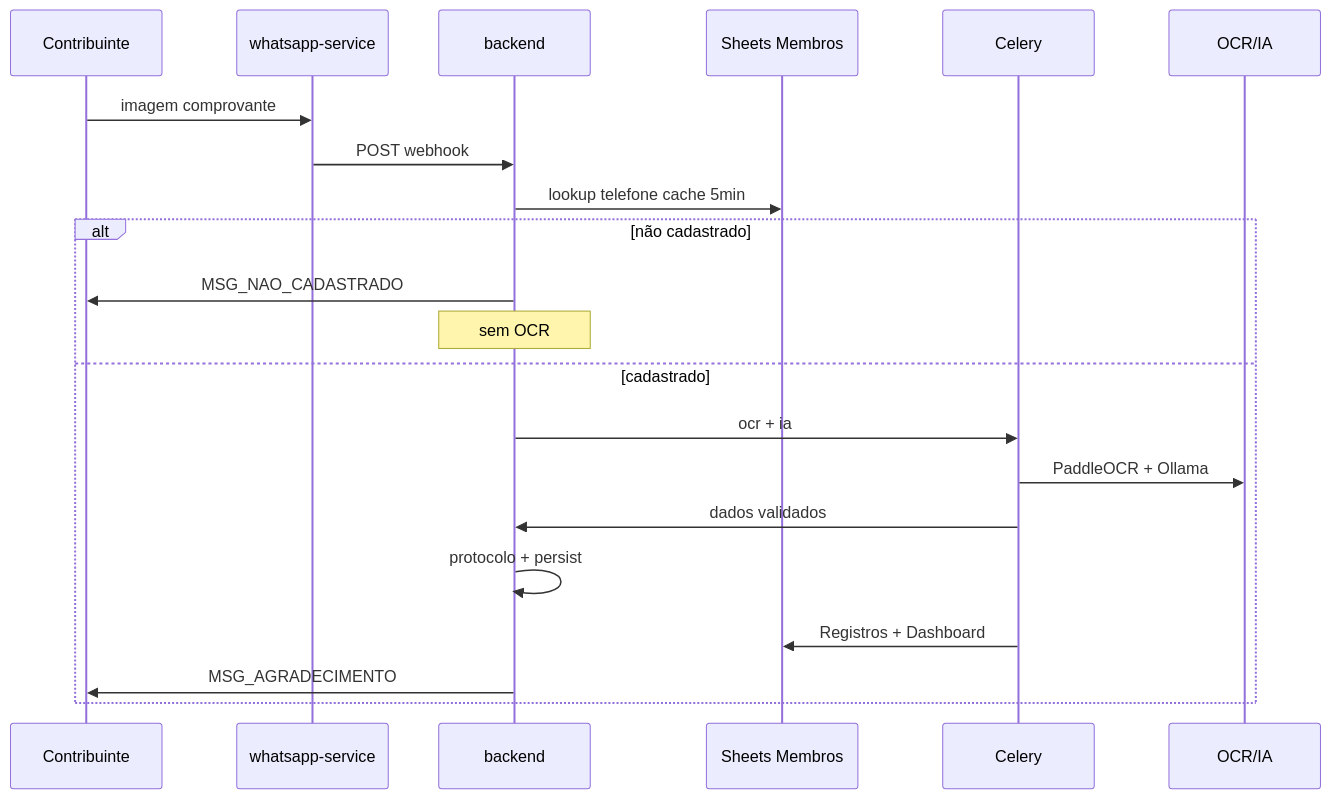
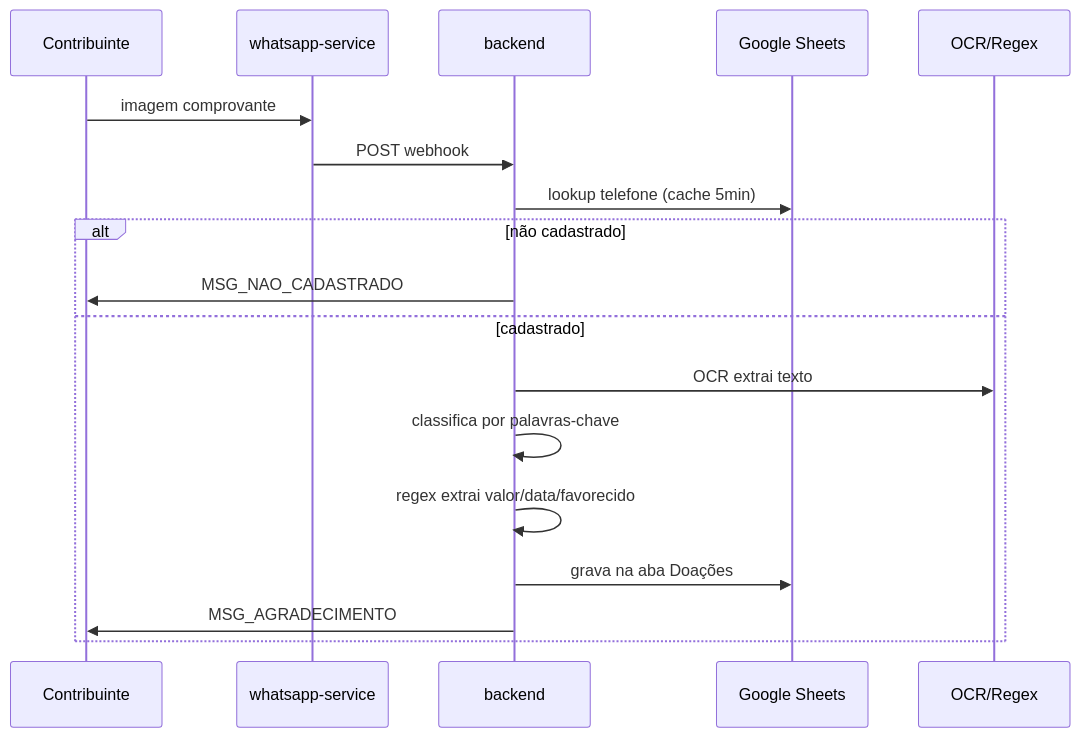
Before and after one commit to aganimoto/comunhaodebens: the second of 3 diagrams in docs/ARCHITECTURE.md, drawn with Mermaid. The commit also changed other lines of this file and 29 other files, not shown here.

Commit message:
refactor: remover banco SQL, usar Google Sheets como único storage

````diff
--- a/docs/ARCHITECTURE.md
+++ b/docs/ARCHITECTURE.md
@@ -54,24 +47,21 @@
 ```mermaid
 sequenceDiagram
     participant C as Contribuinte
     participant W as whatsapp-service
     participant B as backend
-    participant S as Sheets Membros
-    participant Q as Celery
-    participant O as OCR/IA
+    participant S as Google Sheets
+    participant O as OCR/Regex
 
     C->>W: imagem comprovante
     W->>B: POST webhook
-    B->>S: lookup telefone cache 5min
+    B->>S: lookup telefone (cache 5min)
     alt não cadastrado
         B->>C: MSG_NAO_CADASTRADO
-        Note over B: sem OCR
     else cadastrado
-        B->>Q: ocr + ia
-        Q->>O: PaddleOCR + Ollama
-        Q->>B: dados validados
-        B->>B: protocolo + persist
-        Q->>S: Registros + Dashboard
+        B->>O: OCR extrai texto
+        B->>B: classifica por palavras-chave
+        B->>B: regex extrai valor/data/favorecido
+        B->>S: grava na aba Doações
         B->>C: MSG_AGRADECIMENTO
     end
 ```
````
